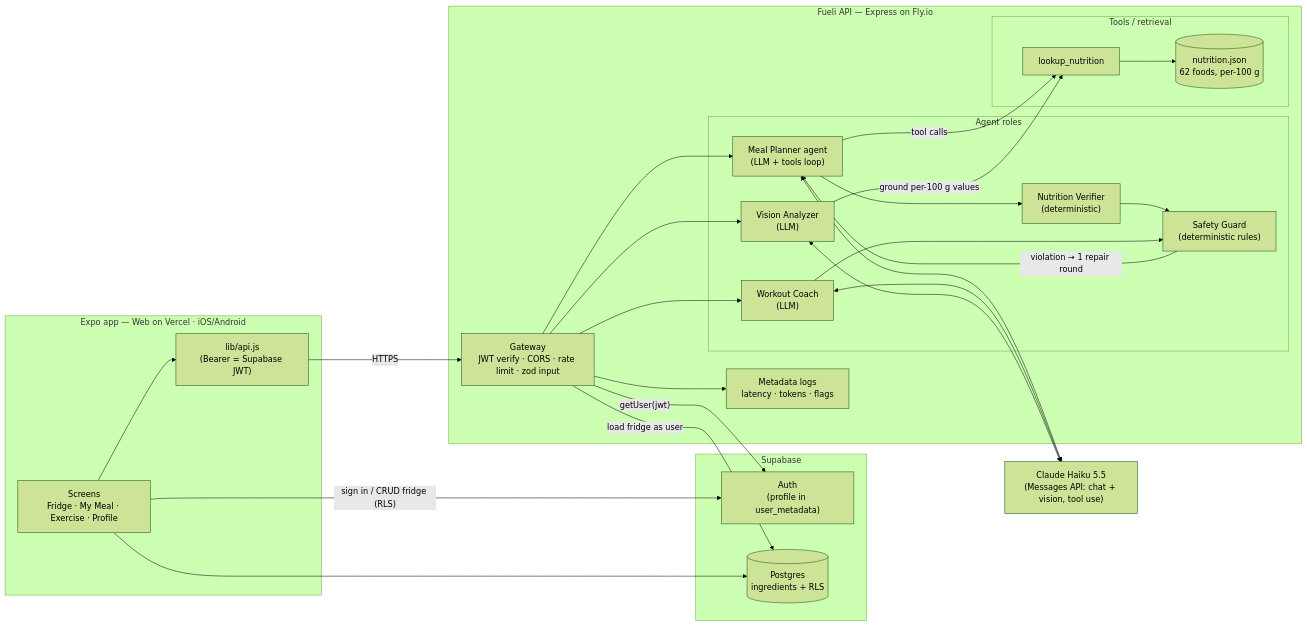
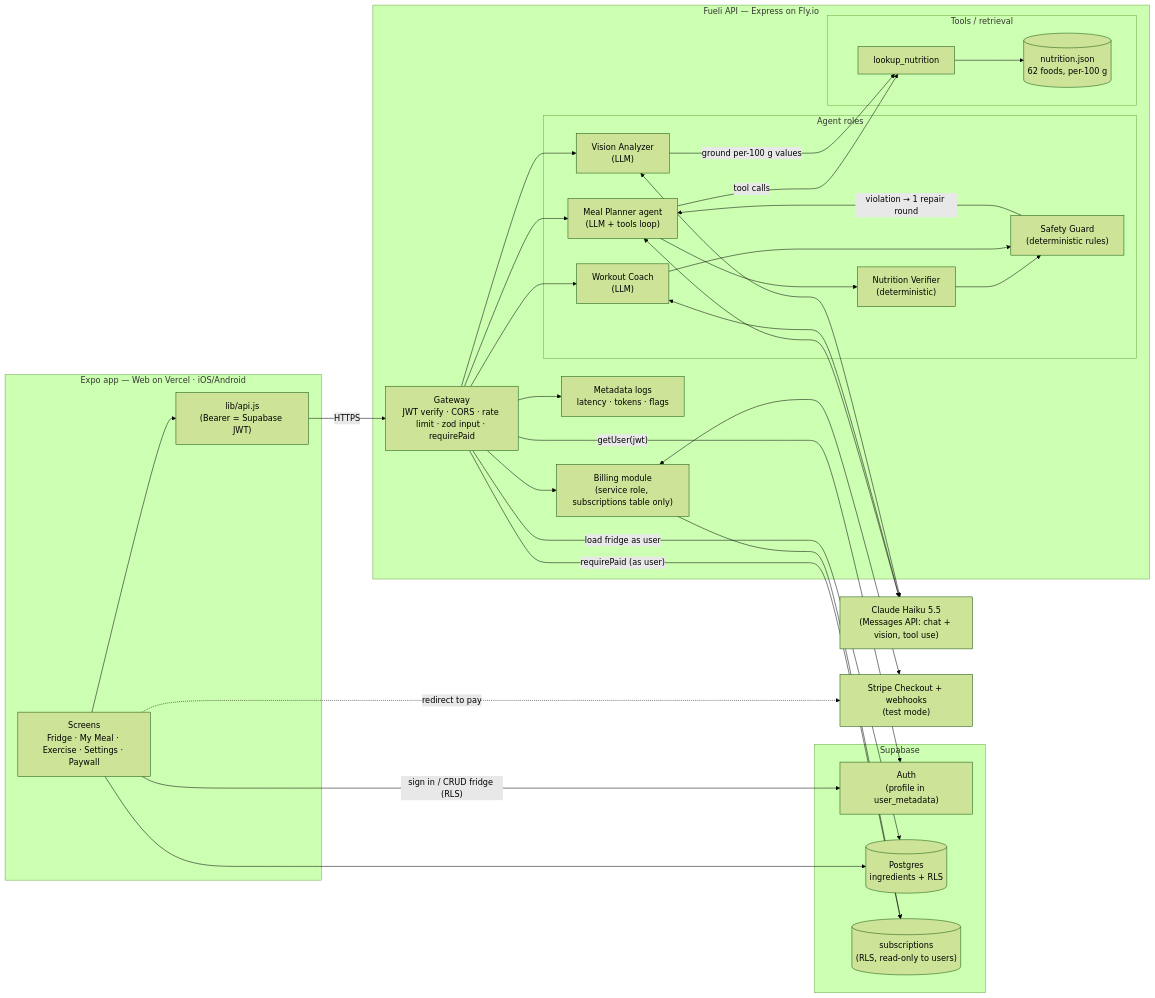
Before and after one commit to hymiawu/fueli: the diagram in docs/architecture.md, drawn with Mermaid (forest theme). The commit also changed other lines of this file and 33 other files, not shown here.

````diff
--- a/docs/architecture.md
+++ b/docs/architecture.md
@@ -3,46 +3,54 @@
 ```mermaid
 flowchart LR
   subgraph Client["Expo app — Web on Vercel · iOS/Android"]
-    UI["Screens<br/>Fridge · My Meal · Exercise · Profile"]
+    UI["Screens<br/>Fridge · My Meal · Exercise · Settings · Paywall"]
     APIc["lib/api.js<br/>(Bearer = Supabase JWT)"]
     UI --> APIc
   end
 
   subgraph Supa["Supabase"]
     Auth["Auth<br/>(profile in user_metadata)"]
     DB[("Postgres<br/>ingredients + RLS")]
+    SUBS[("subscriptions<br/>(RLS, read-only to users)")]
   end
 
   subgraph Fly["Fueli API — Express on Fly.io"]
-    GW["Gateway<br/>JWT verify · CORS · rate limit · zod input"]
+    GW["Gateway<br/>JWT verify · CORS · rate limit · zod input · requirePaid"]
+    BILL["Billing module<br/>(service role, subscriptions table only)"]
     subgraph Agents["Agent roles"]
       PL["Meal Planner agent<br/>(LLM + tools loop)"]
       NV["Nutrition Verifier<br/>(deterministic)"]
       SG["Safety Guard<br/>(deterministic rules)"]
       WC["Workout Coach<br/>(LLM)"]
       VI["Vision Analyzer<br/>(LLM)"]
     end
     subgraph Tools["Tools / retrieval"]
       T2["lookup_nutrition"]
       KB[("nutrition.json<br/>62 foods, per-100 g")]
     end
     LOG["Metadata logs<br/>latency · tokens · flags"]
   end
 
   LLM["Claude Haiku 5.5<br/>(Messages API: chat + vision, tool use)"]
+  Stripe["Stripe Checkout + webhooks<br/>(test mode)"]
 
   UI -- "sign in / CRUD fridge (RLS)" --> Auth
   UI --> DB
   APIc -- HTTPS --> GW
   GW -- "getUser(jwt)" --> Auth
   GW --> PL & WC & VI
   GW -- "load fridge as user" --> DB
+  GW -- "requirePaid (as user)" --> SUBS
+  GW --> BILL
+  BILL <--> Stripe
+  BILL --> SUBS
+  UI -. "redirect to pay" .-> Stripe
   PL -- "tool calls" --> T2
   T2 --> KB
   PL --> NV --> SG
   SG -- "violation → 1 repair round" --> PL
   WC --> SG
   VI -- "ground per-100 g values" --> T2
   PL & WC & VI <--> LLM
   GW --> LOG
 ```
````
